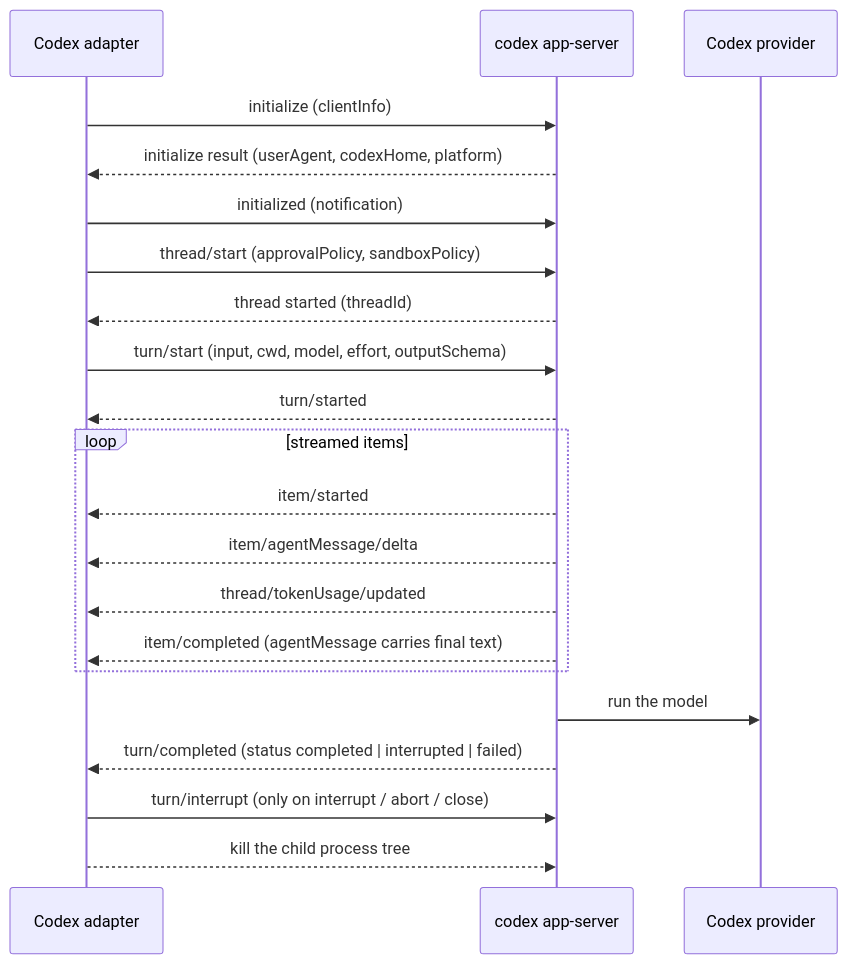
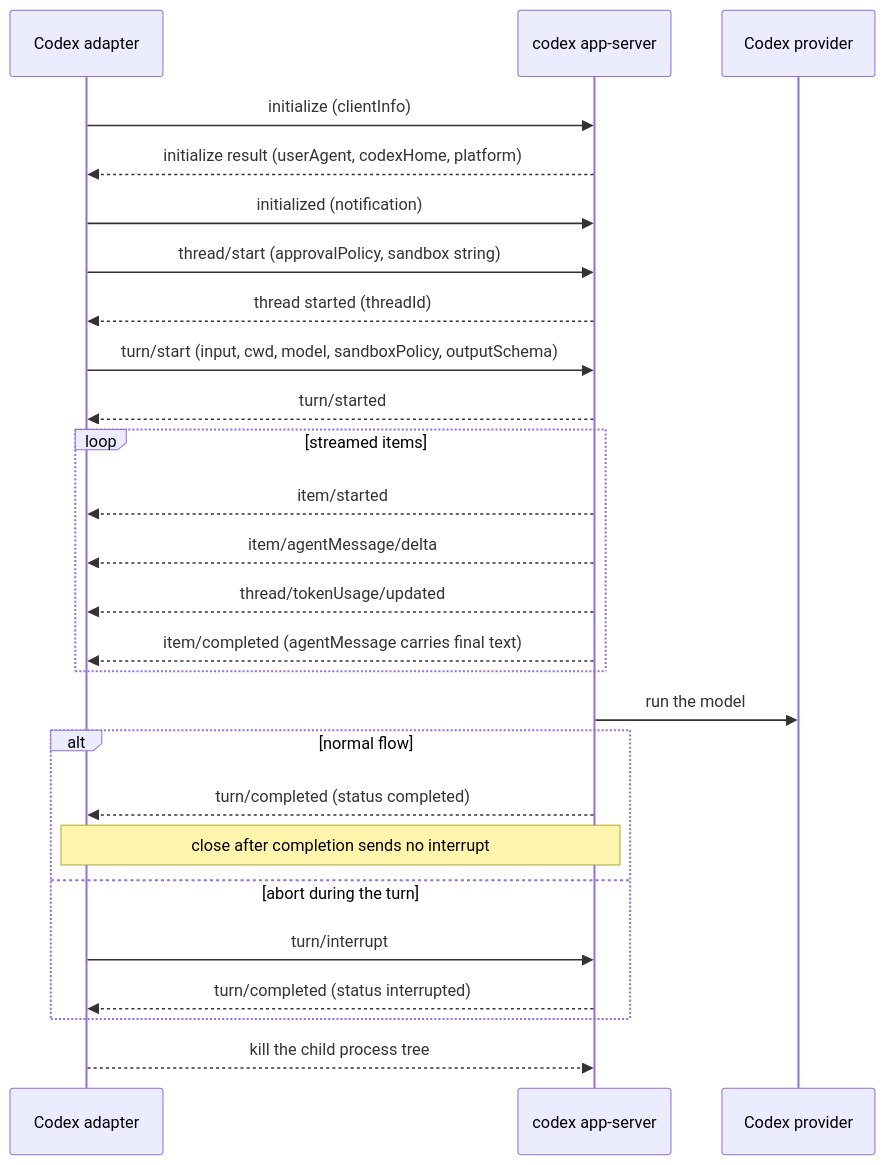
The diagram in docs/src/content/docs/developing/reference/codex-app-server.md (rbutera/Rennet), drawn with Mermaid before and after one commit. The commit also changed other lines of this file and 5 other files, not shown here.

````diff
--- a/docs/src/content/docs/developing/reference/codex-app-server.md
+++ b/docs/src/content/docs/developing/reference/codex-app-server.md
@@ -42,24 +42,29 @@
 ```mermaid
 sequenceDiagram
   participant Adapter as Codex adapter
   participant Server as codex app-server
   participant Provider as Codex provider
 
   Adapter->>Server: initialize (clientInfo)
   Server-->>Adapter: initialize result (userAgent, codexHome, platform)
   Adapter->>Server: initialized (notification)
-  Adapter->>Server: thread/start (approvalPolicy, sandboxPolicy)
+  Adapter->>Server: thread/start (approvalPolicy, sandbox string)
   Server-->>Adapter: thread started (threadId)
-  Adapter->>Server: turn/start (input, cwd, model, effort, outputSchema)
+  Adapter->>Server: turn/start (input, cwd, model, sandboxPolicy, outputSchema)
   Server-->>Adapter: turn/started
   loop streamed items
     Server-->>Adapter: item/started
     Server-->>Adapter: item/agentMessage/delta
     Server-->>Adapter: thread/tokenUsage/updated
     Server-->>Adapter: item/completed (agentMessage carries final text)
   end
   Server->>Provider: run the model
-  Server-->>Adapter: turn/completed (status completed | interrupted | failed)
-  Adapter->>Server: turn/interrupt (only on interrupt / abort / close)
+  alt normal flow
+    Server-->>Adapter: turn/completed (status completed)
+    Note over Adapter,Server: close after completion sends no interrupt
+  else abort during the turn
+    Adapter->>Server: turn/interrupt
+    Server-->>Adapter: turn/completed (status interrupted)
+  end
   Adapter-->>Server: kill the child process tree
 ```
````
